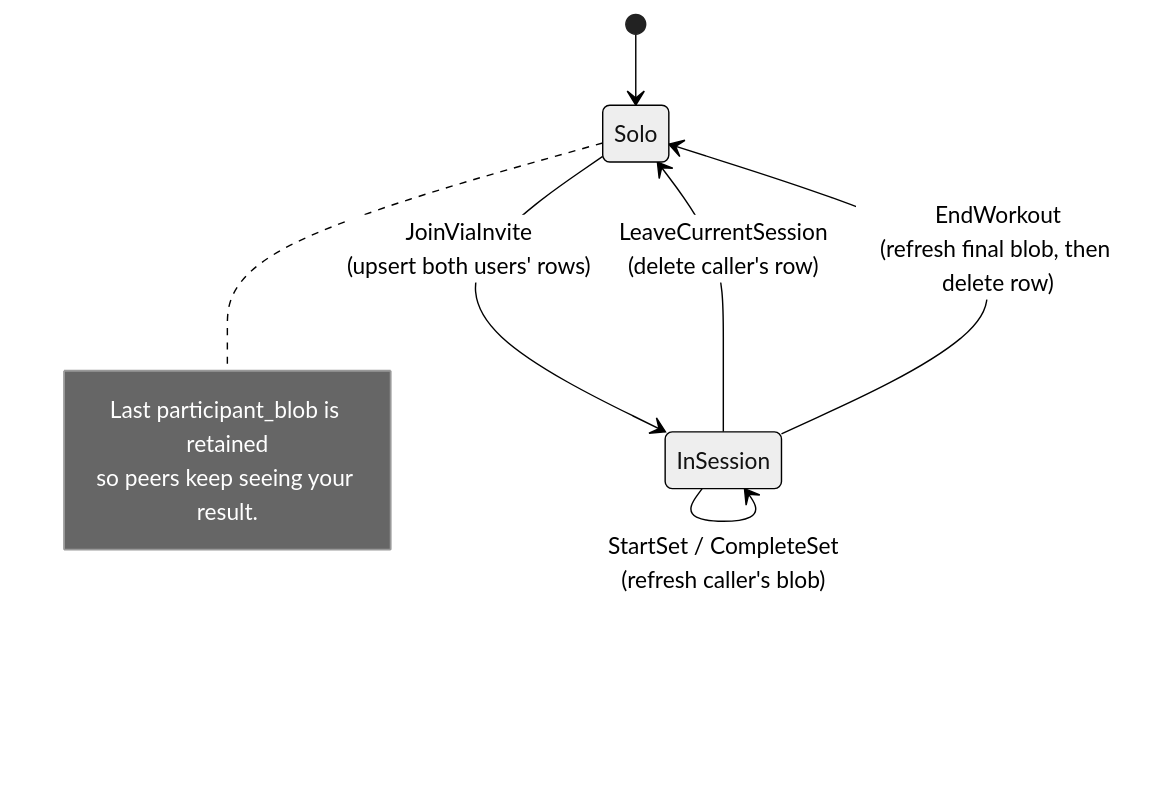
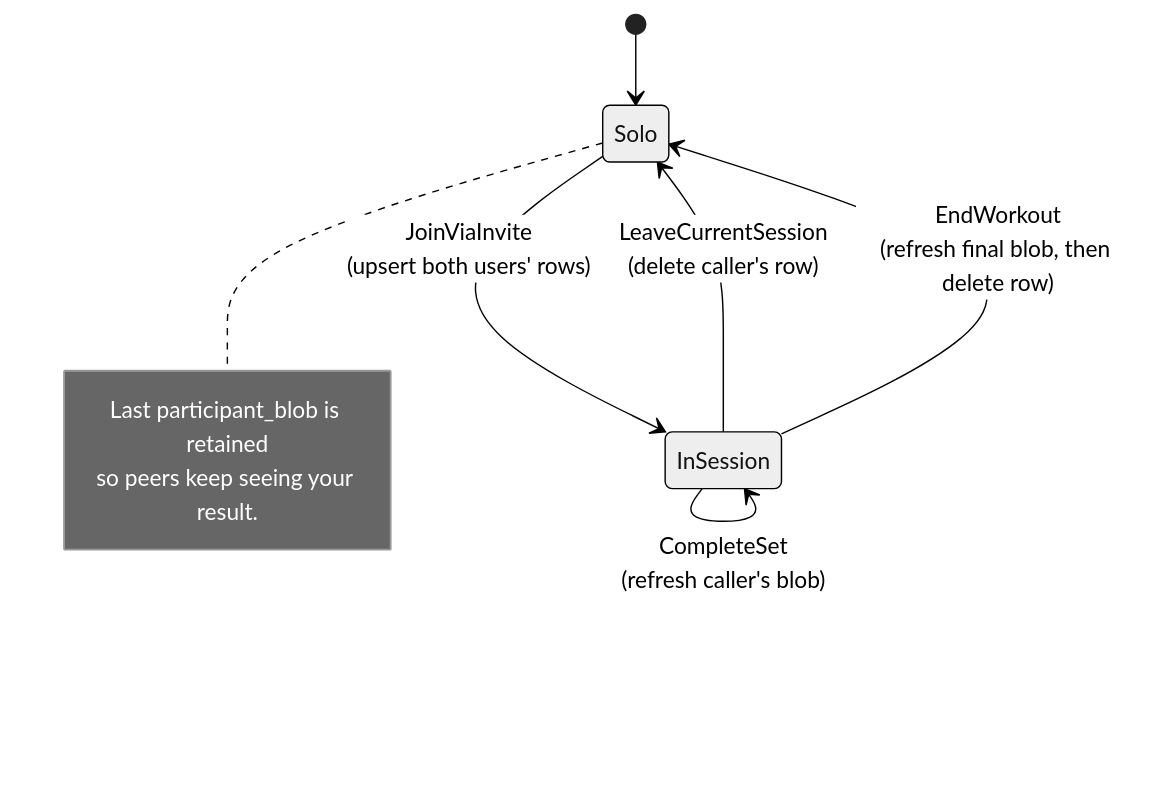
The second of 4 diagrams in docs/architecture/multiplayer.md (brensch/lift), drawn with Mermaid (neutral theme) before and after one commit. The commit also changed 228 other files, not shown here.

````diff
--- a/docs/architecture/multiplayer.md
+++ b/docs/architecture/multiplayer.md
@@ -29,12 +29,12 @@
 ```mermaid
 stateDiagram-v2
     [*] --> Solo
     Solo --> InSession: JoinViaInvite<br/>(upsert both users' rows)
-    InSession --> InSession: StartSet / CompleteSet<br/>(refresh caller's blob)
+    InSession --> InSession: CompleteSet<br/>(refresh caller's blob)
     InSession --> Solo: LeaveCurrentSession<br/>(delete caller's row)
     InSession --> Solo: EndWorkout<br/>(refresh final blob, then delete row)
     note right of Solo
         Last participant_blob is retained
         so peers keep seeing your result.
     end note
 ```
````
